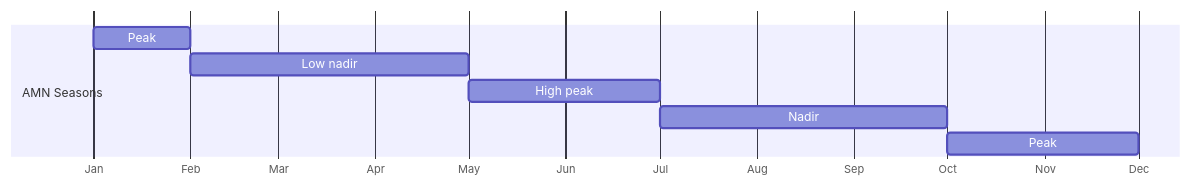
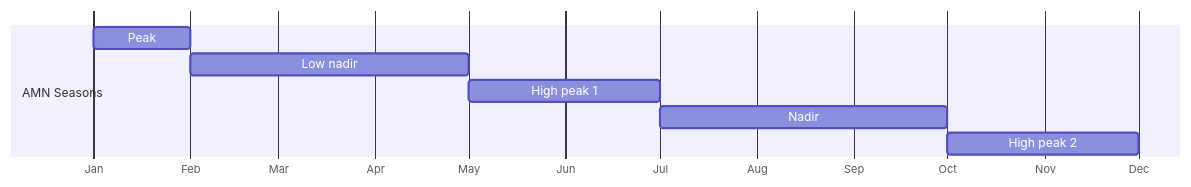
Before and after one commit to nutimes/som-sam-admit: the third of 10 diagrams in report.qmd, drawn with Mermaid. The commit also changed other lines of this file, not shown here.

````diff
--- a/report.qmd
+++ b/report.qmd
@@ -595,14 +604,14 @@
 ```{mermaid}
 %%| label: fig-amn-seasonal-calendar-pastoral
 %%| fig-cap: AMN seasonal calendar for pastoral livelihood systems
 gantt
     dateFormat M
     axisFormat %b
     todayMarker off
     section AMN Seasons
     Peak :1, 2
     Low nadir :2, 5
-    High peak :5, 7
+    High peak 1 :5, 7
     Nadir :7, 10
-    Peak :10, 12
+    High peak 2 :10, 12
 ```
````
